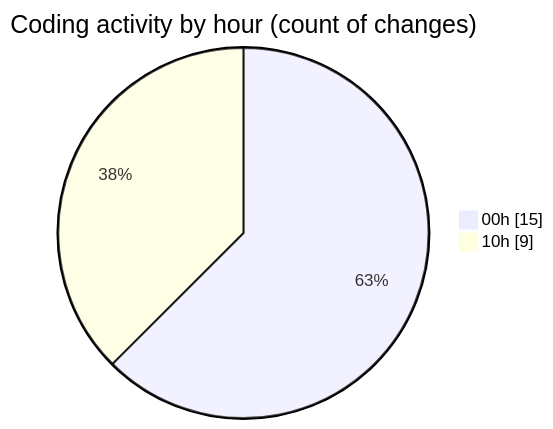
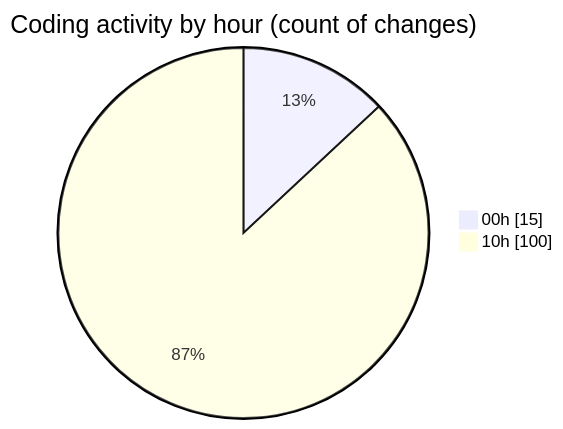
Before and after one commit to Ritupan-Deka/code-tracking: the second of 2 diagrams in 2026-01-11/dsa/README.md, drawn with Mermaid. The commit also changed other lines of this file and 1 other file, not shown here.

````diff
--- a/2026-01-11/dsa/README.md
+++ b/2026-01-11/dsa/README.md
@@ -28,6 +28,6 @@
 ```mermaid
 pie showData
 title Coding activity by hour (count of changes)
 "00h" : 15
-"10h" : 9
+"10h" : 100
 ```
````
